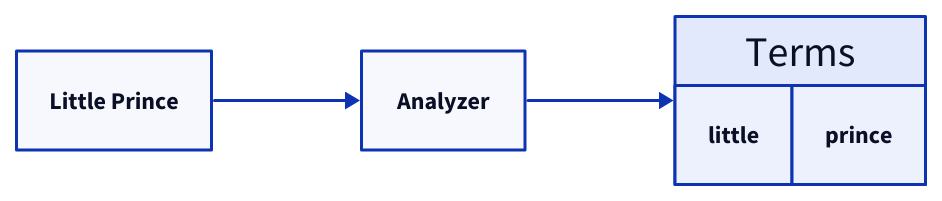
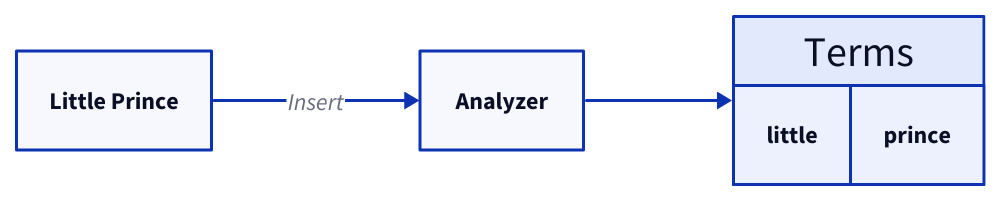
Diagram 17 of 19 in content/docs/data-persistence/nosql-database.md (link1905/system-design-101), drawn with D2 before and after one commit. The commit also changed other lines of this file and 49 other files, not shown here.

````diff
--- a/content/docs/data-persistence/nosql-database.md
+++ b/content/docs/data-persistence/nosql-database.md
@@ -770,14 +803,15 @@
 ```d2
 direction: right
 o: "Little Prince"
 t: Terms {
   grid-gap: 0
   grid-rows: 1
   t2: little
   t3: prince
 }
 a: Analyzer {
   class: process
 }
-o -> a -> t
+o -> a: Insert
+a -> t
 ```
````
